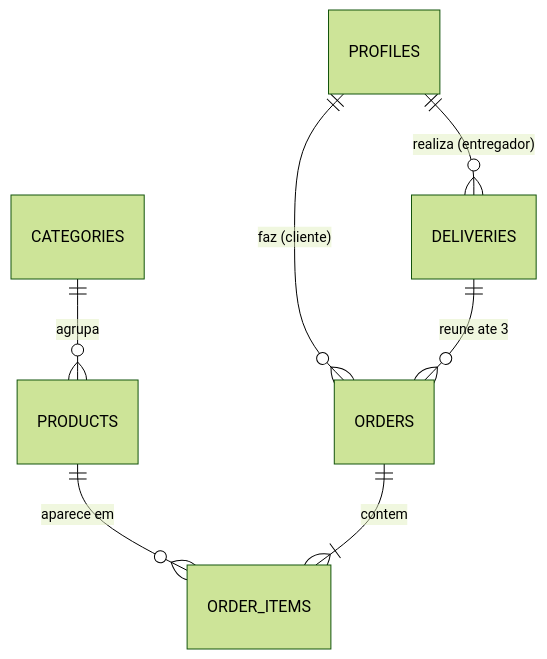
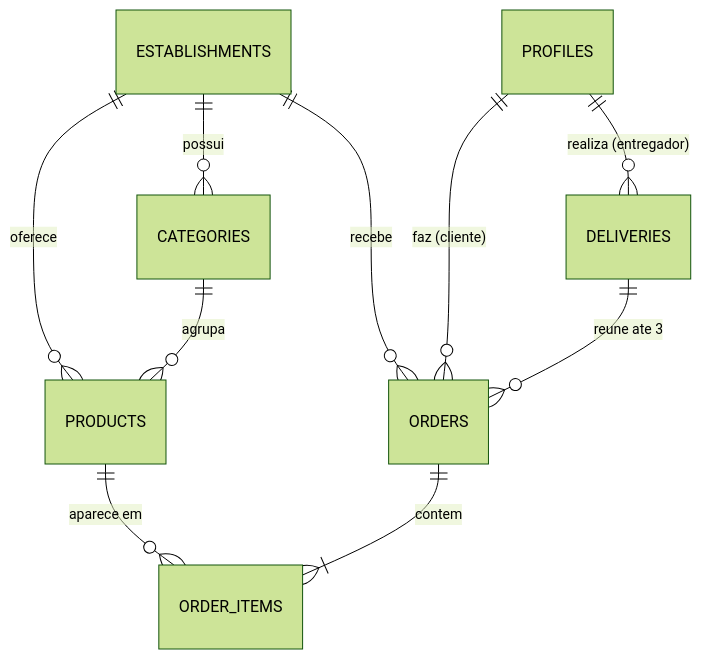
One commit to josehenrique26/peddi changed the third of 3 diagrams in README.md. Above: the diagram before and after it, drawn with Mermaid (forest theme). The commit also changed other lines of this file, not shown here.

````diff
--- a/README.md
+++ b/README.md
@@ -265,9 +276,12 @@
 ```mermaid
 erDiagram
+    ESTABLISHMENTS ||--o{ CATEGORIES : possui
+    ESTABLISHMENTS ||--o{ PRODUCTS : oferece
+    ESTABLISHMENTS ||--o{ ORDERS : recebe
     PROFILES ||--o{ ORDERS : "faz (cliente)"
     PROFILES ||--o{ DELIVERIES : "realiza (entregador)"
     CATEGORIES ||--o{ PRODUCTS : agrupa
     PRODUCTS ||--o{ ORDER_ITEMS : "aparece em"
     ORDERS ||--|{ ORDER_ITEMS : contem
     DELIVERIES ||--o{ ORDERS : "reune ate 3"
 ```
````
